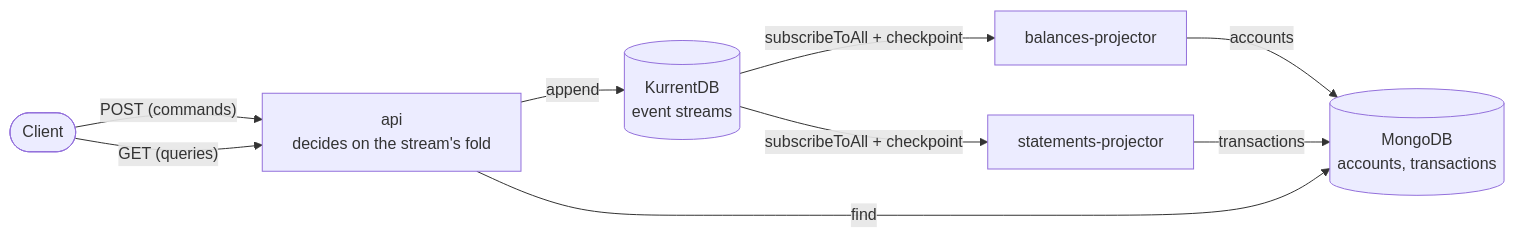
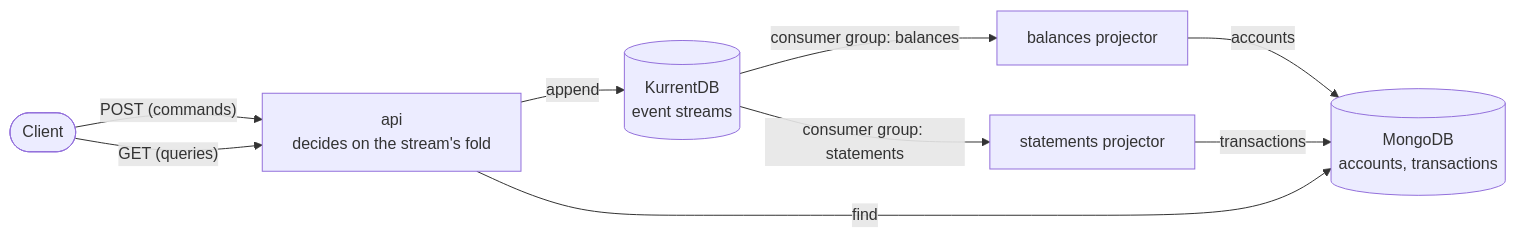
The first of 3 diagrams in README.md (gianluca-pettenon/idempotent-ledger), drawn with Mermaid before and after one commit. The commit also changed other lines of this file and 11 other files, not shown here.

````diff
--- a/README.md
+++ b/README.md
@@ -11,18 +11,18 @@
 ```mermaid
 flowchart LR
     client([Client])
     api["api<br/>decides on the stream's fold"]
     kurrent[("KurrentDB<br/>event streams")]
-    balances["balances-projector"]
-    statements["statements-projector"]
+    balances["balances projector"]
+    statements["statements projector"]
     mongo[("MongoDB<br/>accounts, transactions")]
 
     client -- "POST (commands)" --> api
     api -- append --> kurrent
-    kurrent -- "subscribeToAll + checkpoint" --> balances
-    kurrent -- "subscribeToAll + checkpoint" --> statements
+    kurrent -- "consumer group: balances" --> balances
+    kurrent -- "consumer group: statements" --> statements
     balances -- accounts --> mongo
     statements -- transactions --> mongo
     client -- "GET (queries)" --> api
     api -- find --> mongo
 ```
````
